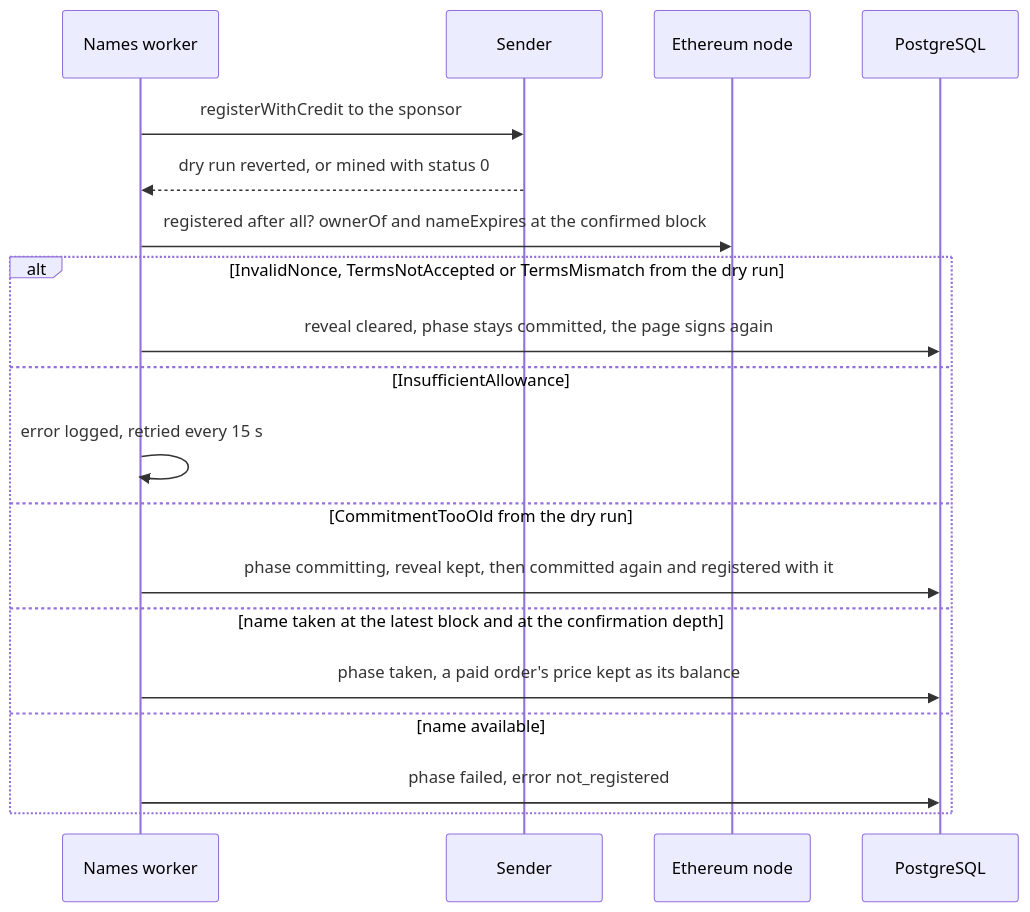
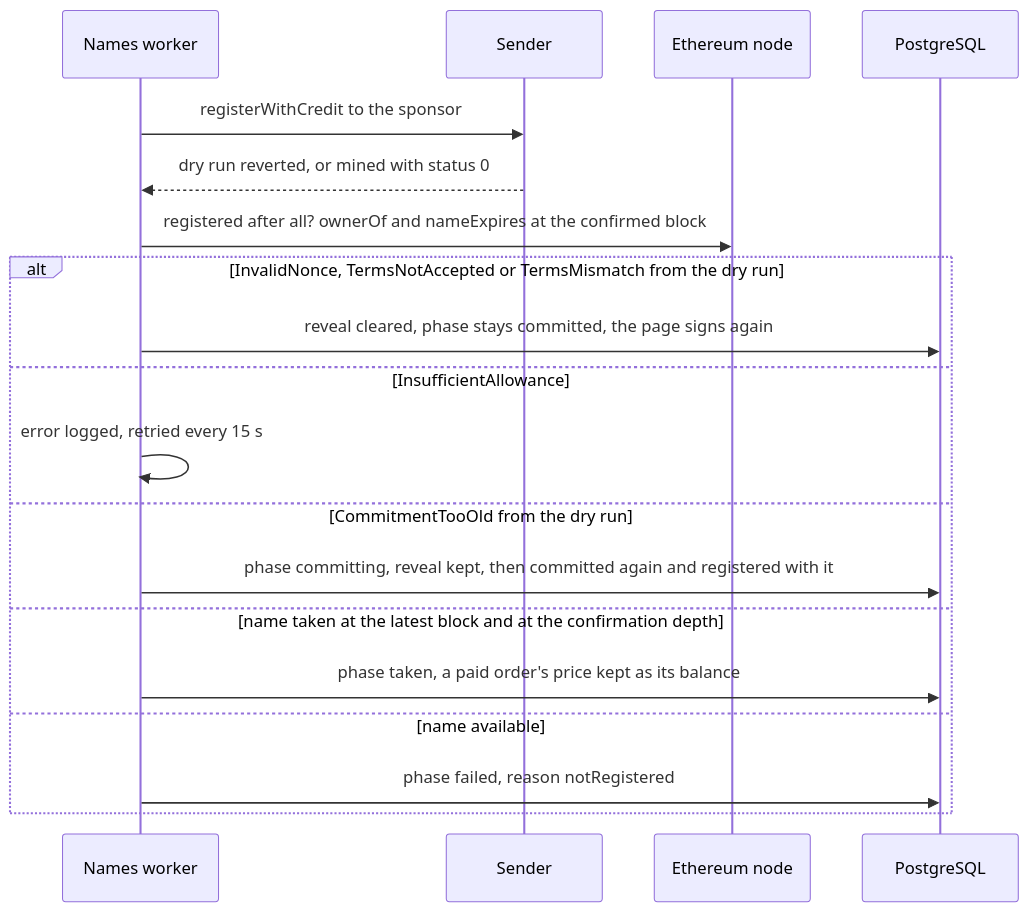
Before and after one commit to simplex-chat/simplex-chat: the sixth of 14 diagrams in apps/simplex-store-service/docs/names.md, drawn with Mermaid. The commit also changed other lines of this file and 13 other files, not shown here.

````diff
--- a/apps/simplex-store-service/docs/names.md
+++ b/apps/simplex-store-service/docs/names.md
@@ -339,21 +339,21 @@
 ```mermaid
 sequenceDiagram
   participant K as Names worker
   participant S as Sender
   participant E as Ethereum node
   participant D as PostgreSQL
   K->>S: registerWithCredit to the sponsor
   S-->>K: dry run reverted, or mined with status 0
   K->>E: registered after all? ownerOf and nameExpires at the confirmed block
   alt InvalidNonce, TermsNotAccepted or TermsMismatch from the dry run
     K->>D: reveal cleared, phase stays committed, the page signs again
   else InsufficientAllowance
     K->>K: error logged, retried every 15 s
   else CommitmentTooOld from the dry run
     K->>D: phase committing, reveal kept, then committed again and registered with it
   else name taken at the latest block and at the confirmation depth
     K->>D: phase taken, a paid order's price kept as its balance
   else name available
-    K->>D: phase failed, error not_registered
+    K->>D: phase failed, reason notRegistered
   end
 ```
````
